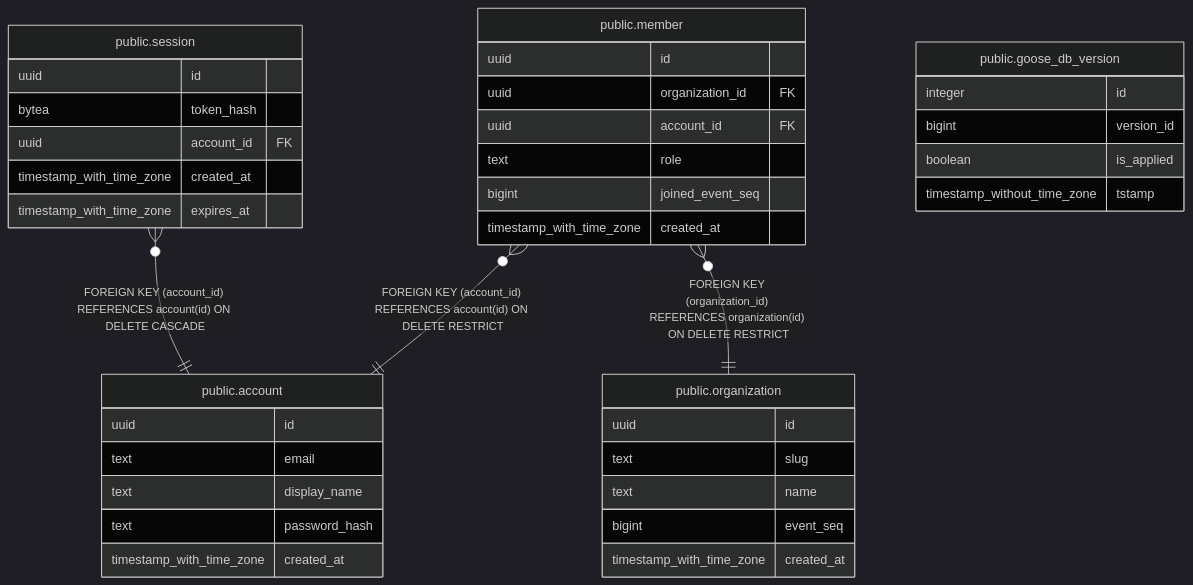
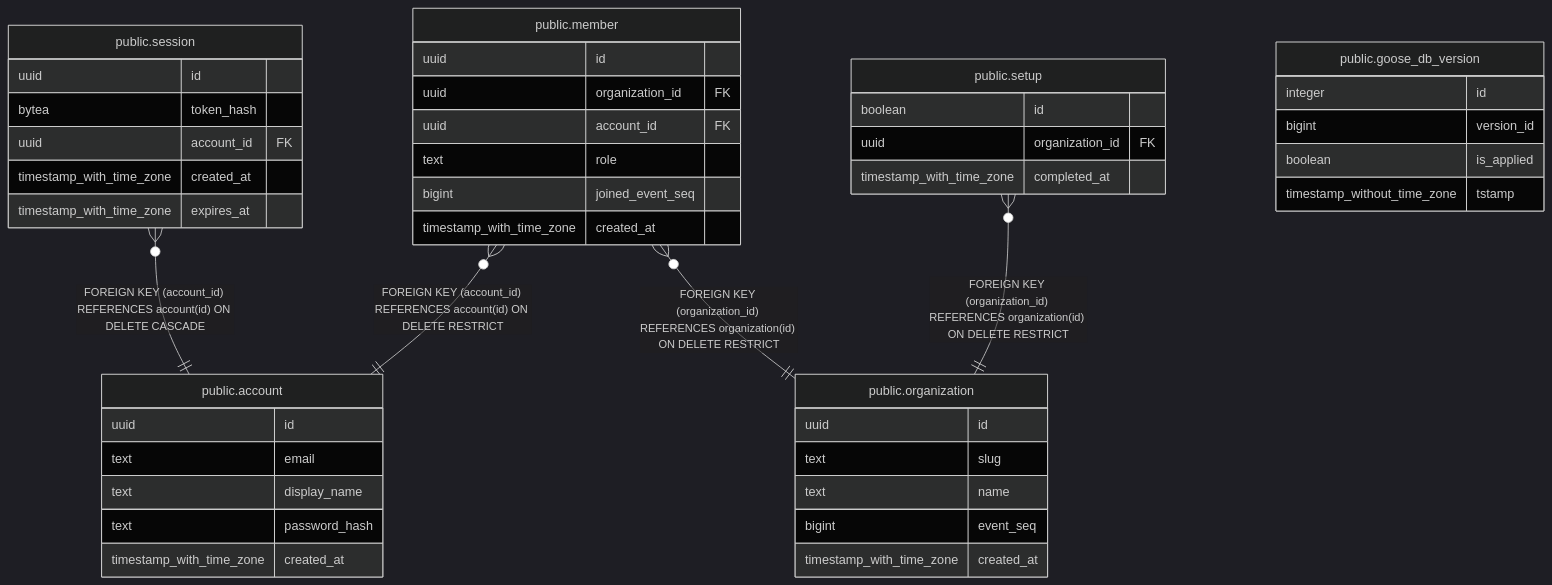
One commit to tkakkie/ribbitto changed the diagram in docs/schema/README.md. Above: the diagram before and after it, drawn with Mermaid (dark theme). The commit also changed other lines of this file and 14 other files, not shown here.

First line of the commit message:
feat: add the first-run setup schema and use case

````diff
--- a/docs/schema/README.md
+++ b/docs/schema/README.md
@@ -15,43 +16,49 @@
 ```mermaid
 erDiagram
 
 "public.session" }o--|| "public.account" : "FOREIGN KEY (account_id) REFERENCES account(id) ON DELETE CASCADE"
 "public.member" }o--|| "public.organization" : "FOREIGN KEY (organization_id) REFERENCES organization(id) ON DELETE RESTRICT"
 "public.member" }o--|| "public.account" : "FOREIGN KEY (account_id) REFERENCES account(id) ON DELETE RESTRICT"
+"public.setup" }o--|| "public.organization" : "FOREIGN KEY (organization_id) REFERENCES organization(id) ON DELETE RESTRICT"
 
 "public.goose_db_version" {
   integer id
   bigint version_id
   boolean is_applied
   timestamp_without_time_zone tstamp
 }
 "public.organization" {
   uuid id
   text slug
   text name
   bigint event_seq
   timestamp_with_time_zone created_at
 }
 "public.account" {
   uuid id
   text email
   text display_name
   text password_hash
   timestamp_with_time_zone created_at
 }
 "public.session" {
   uuid id
   bytea token_hash
   uuid account_id FK
   timestamp_with_time_zone created_at
   timestamp_with_time_zone expires_at
 }
 "public.member" {
   uuid id
   uuid organization_id FK
   uuid account_id FK
   text role
   bigint joined_event_seq
   timestamp_with_time_zone created_at
 }
+"public.setup" {
+  boolean id
+  uuid organization_id FK
+  timestamp_with_time_zone completed_at
+}
 ```
````
